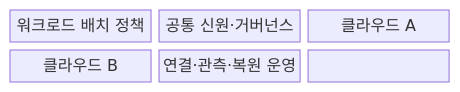
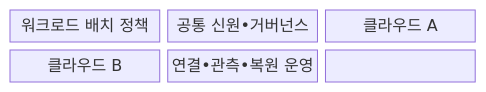
One commit to agnusdei1207/knowledge-base changed the first of 2 diagrams in src/content/docs/notes/08-latest-tech/180_multi_cloud.md. Above: the diagram before and after it, drawn with Mermaid. The commit also changed other lines of this file and 953 other files, not shown here.

````diff
--- a/src/content/docs/notes/08-latest-tech/180_multi_cloud.md
+++ b/src/content/docs/notes/08-latest-tech/180_multi_cloud.md
@@ -67,11 +67,11 @@
 ```mermaid
 block-beta
   columns 3
   N0["워크로드 배치 정책"]
-  N1["공통 신원·거버넌스"]
+  N1["공통 신원•거버넌스"]
   N2["클라우드 A"]
   N3["클라우드 B"]
-  N4["연결·관측·복원 운영"]
+  N4["연결•관측•복원 운영"]
   N0 --- N1 --- N2
   N2 --- N3 --- N4
 ```
````
